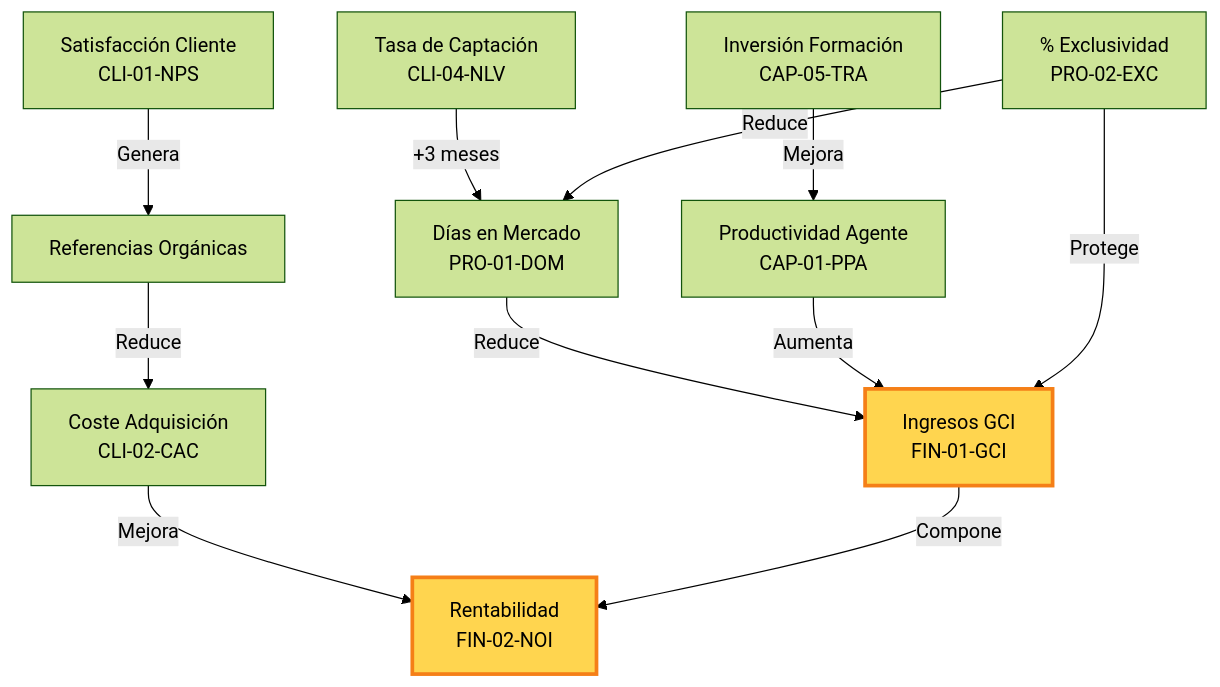
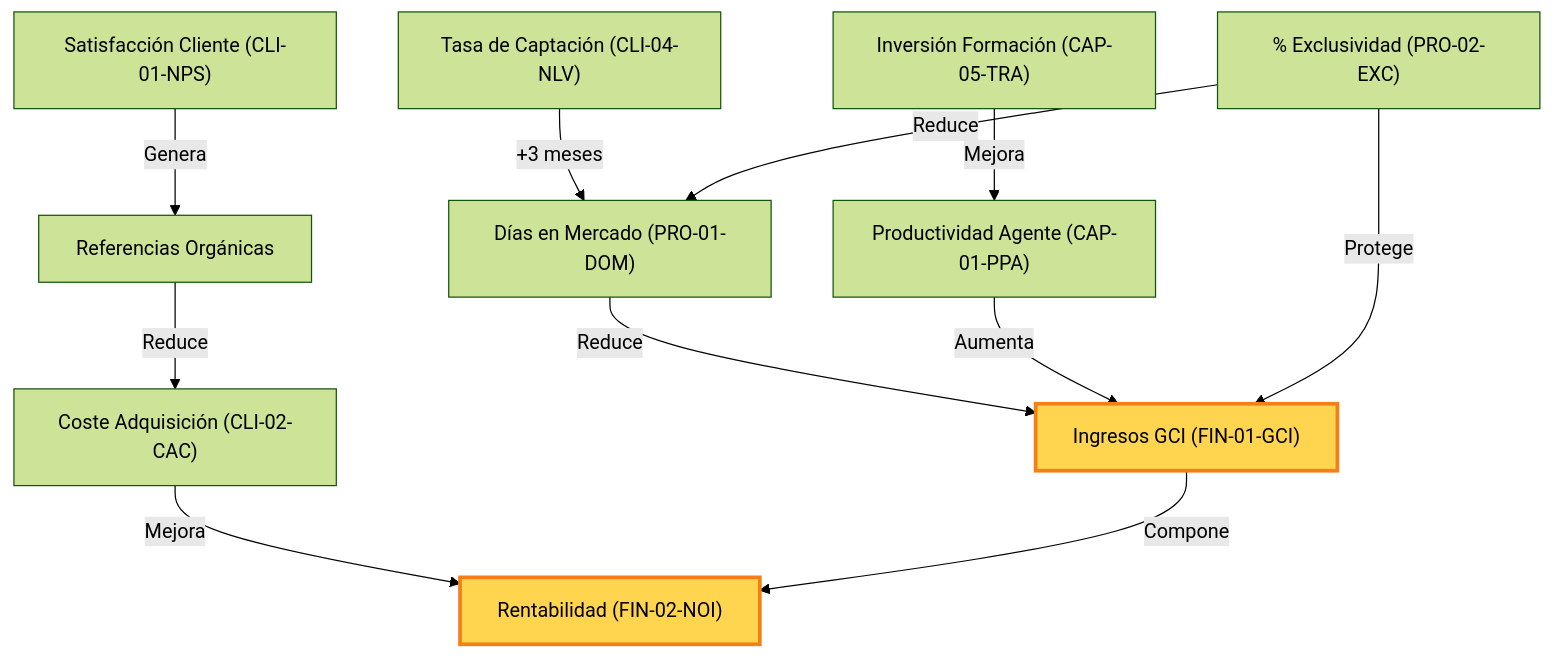
One commit to LegalIntermediaSL/Manual-CuadroMando changed the second of 2 diagrams in docs/manual/secciones/04_Diccionario_KPIs.md. Above: the diagram before and after it, drawn with Mermaid (forest theme). The commit also changed other lines of this file and 34 other files, not shown here.

Commit message:
Update docs: Identify update (DAC/T*Posiciona), manual expansion, new graphics, and bitacora log

````diff
--- a/docs/manual/secciones/04_Diccionario_KPIs.md
+++ b/docs/manual/secciones/04_Diccionario_KPIs.md
@@ -396,20 +396,20 @@
 ```mermaid
 graph TD
-    CAP[Tasa de Captación<br/>CLI-04-NLV] -->|+3 meses| DOM[Días en Mercado<br/>PRO-01-DOM]
-    DOM -->|Reduce| GCI[Ingresos GCI<br/>FIN-01-GCI]
+    CAP["Tasa de Captación (CLI-04-NLV)"] -->|+3 meses| DOM["Días en Mercado (PRO-01-DOM)"]
+    DOM -->|Reduce| GCI["Ingresos GCI (FIN-01-GCI)"]
 
-    FORM[Inversión Formación<br/>CAP-05-TRA] -->|Mejora| PPA[Productividad Agente<br/>CAP-01-PPA]
+    FORM["Inversión Formación (CAP-05-TRA)"] -->|Mejora| PPA["Productividad Agente (CAP-01-PPA)"]
     PPA -->|Aumenta| GCI
 
-    NPS[Satisfacción Cliente<br/>CLI-01-NPS] -->|Genera| REF[Referencias Orgánicas]
-    REF -->|Reduce| CAC[Coste Adquisición<br/>CLI-02-CAC]
+    NPS["Satisfacción Cliente (CLI-01-NPS)"] -->|Genera| REF["Referencias Orgánicas"]
+    REF -->|Reduce| CAC["Coste Adquisición (CLI-02-CAC)"]
 
-    CAC -->|Mejora| NOI[Rentabilidad<br/>FIN-02-NOI]
+    CAC -->|Mejora| NOI["Rentabilidad (FIN-02-NOI)"]
     GCI -->|Compone| NOI
 
-    EXC[% Exclusividad<br/>PRO-02-EXC] -->|Reduce| DOM
+    EXC["% Exclusividad (PRO-02-EXC)"] -->|Reduce| DOM
     EXC -->|Protege| GCI
 
     style GCI fill:#ffd54f,stroke:#f57f17,stroke-width:3px
     style NOI fill:#ffd54f,stroke:#f57f17,stroke-width:3px
 ```
````
